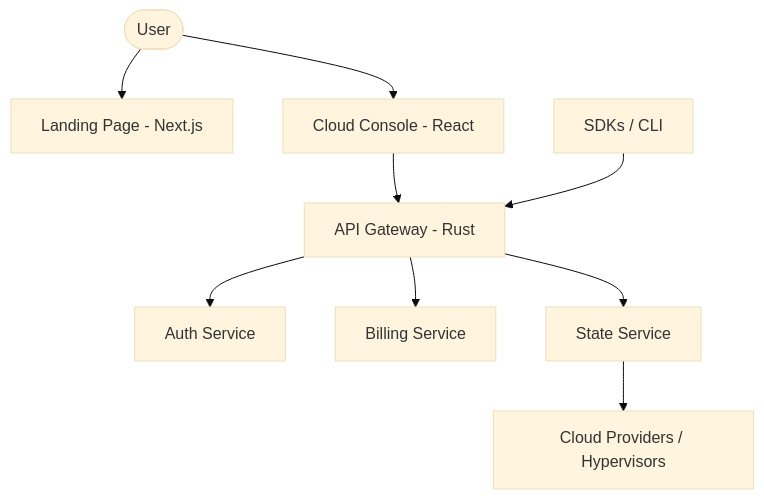
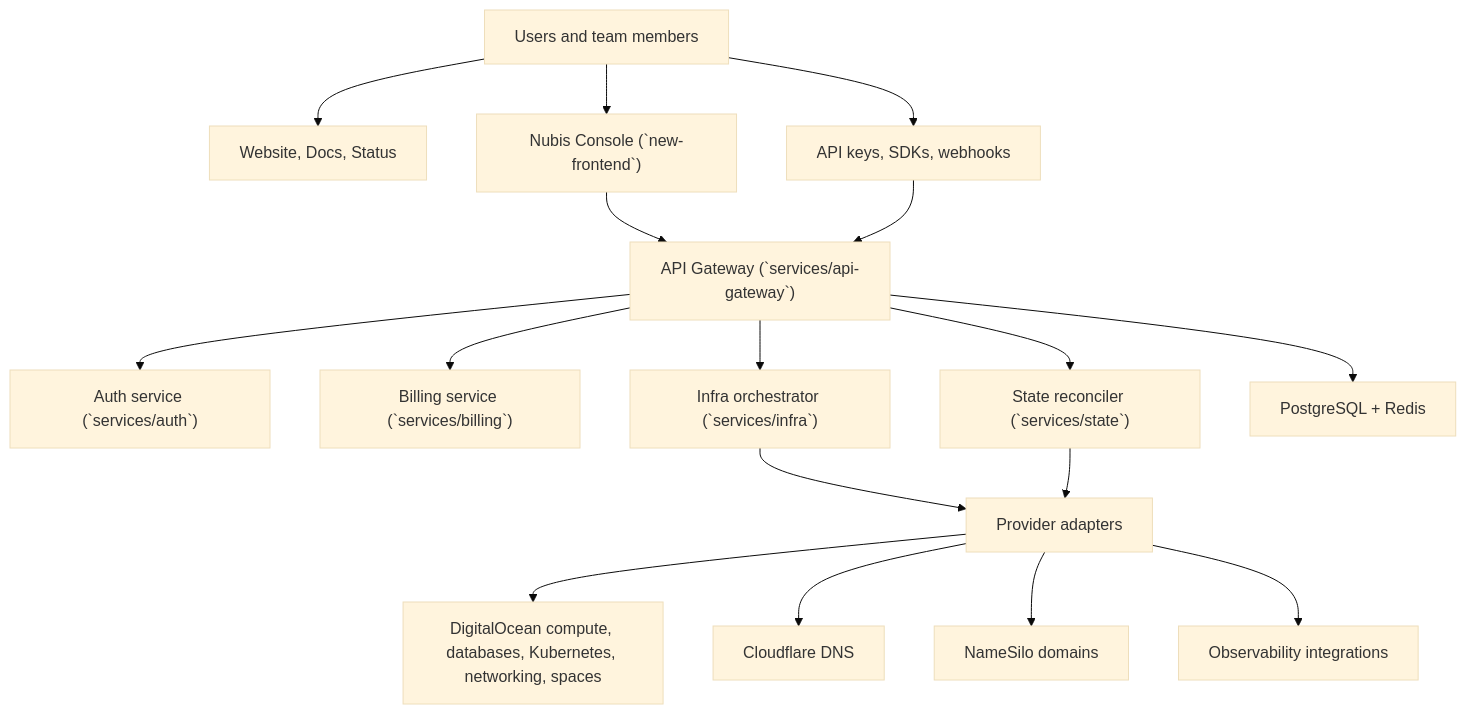
One commit to mayowaoladosu/docs changed the diagram in essentials/architecture.mdx. Above: the diagram before and after it, drawn with Mermaid (base theme). The commit also changed other lines of this file and 16 other files, not shown here.

Commit message:
Restructure Nubis docs around onboarding and platform architecture

````diff
--- a/essentials/architecture.mdx
+++ b/essentials/architecture.mdx
@@ -27,11 +16,19 @@
 ```mermaid
 graph TD
-    User([User]) --> Landing[Landing Page - Next.js]
-    User --> Console[Cloud Console - React]
-    Console --> Gateway[API Gateway - Rust]
-    SDK[SDKs / CLI] --> Gateway
-    Gateway --> Auth[Auth Service]
-    Gateway --> Billing[Billing Service]
-    Gateway --> State[State Service]
-    State --> Provider[Cloud Providers / Hypervisors]
+    User["Users and team members"] --> Website["Website, Docs, Status"]
+    User --> Console["Nubis Console (`new-frontend`)"]
+    User --> Automation["API keys, SDKs, webhooks"]
+    Console --> Gateway["API Gateway (`services/api-gateway`)"]
+    Automation --> Gateway
+    Gateway --> Auth["Auth service (`services/auth`)"]
+    Gateway --> Billing["Billing service (`services/billing`)"]
+    Gateway --> Infra["Infra orchestrator (`services/infra`)"]
+    Gateway --> State["State reconciler (`services/state`)"]
+    Gateway --> Data["PostgreSQL + Redis"]
+    Infra --> Providers["Provider adapters"]
+    State --> Providers
+    Providers --> DO["DigitalOcean compute, databases, Kubernetes, networking, spaces"]
+    Providers --> Cloudflare["Cloudflare DNS"]
+    Providers --> NameSilo["NameSilo domains"]
+    Providers --> BetterStack["Observability integrations"]
 ```
````
